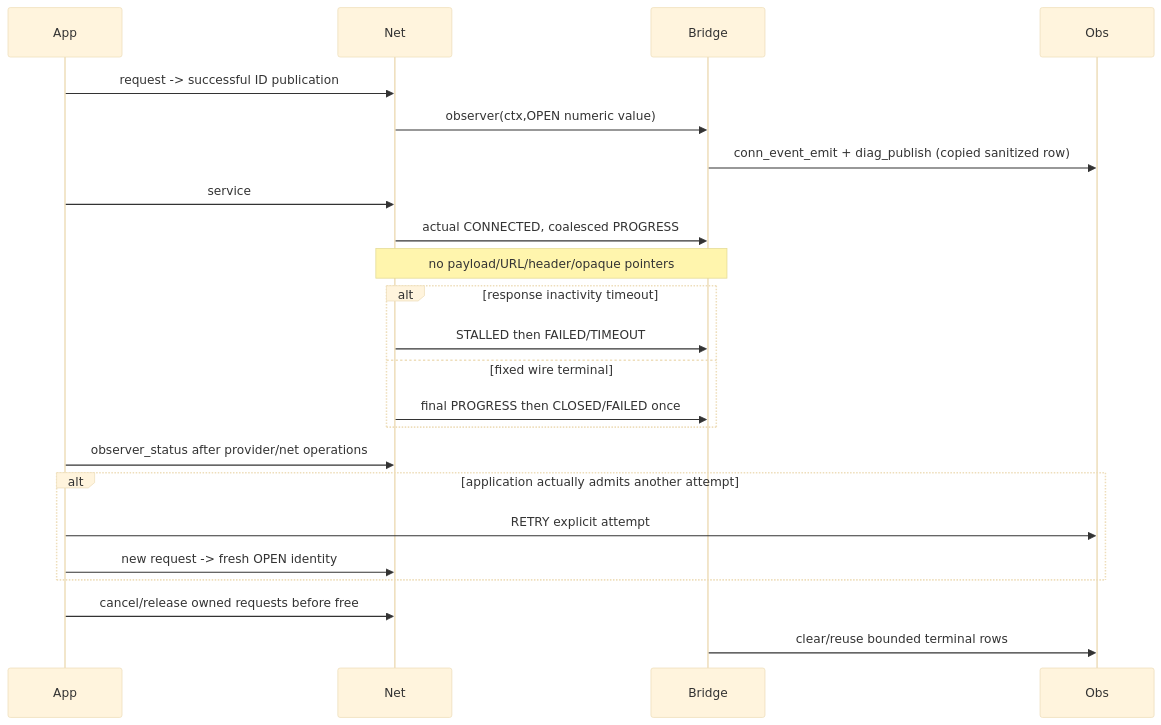
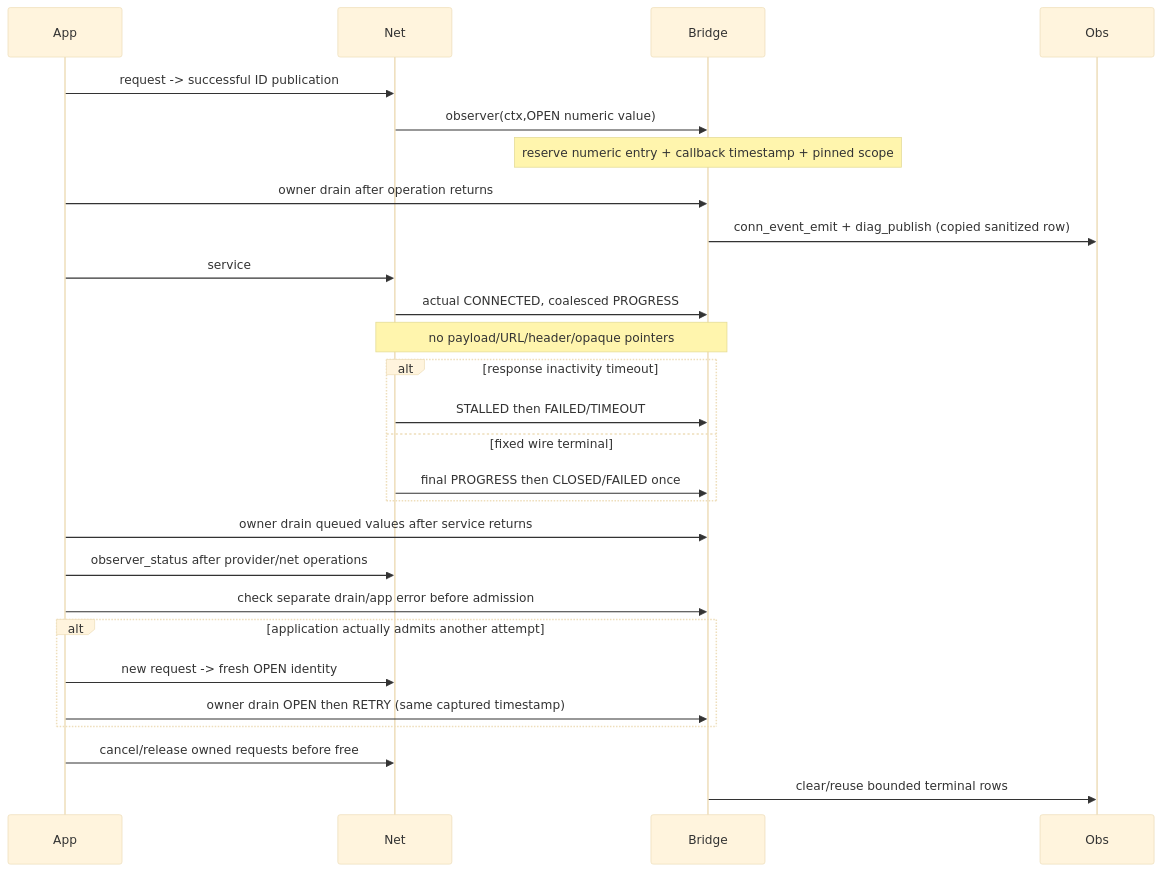
The diagram in docs/scenarios/19-connection-events.md (PortableWeasel/cog), drawn with Mermaid (base theme) before and after one commit. The commit also changed other lines of this file and 3 other files, not shown here.

Commit message:
design(net): separate bounded observation enqueue from owner sink delivery

````diff
--- a/docs/scenarios/19-connection-events.md
+++ b/docs/scenarios/19-connection-events.md
@@ -9,25 +9,29 @@
 ```mermaid
 sequenceDiagram
     participant App
     participant Net
     participant Bridge
     participant Obs
     App->>Net: request -> successful ID publication
     Net->>Bridge: observer(ctx,OPEN numeric value)
+    Note over Bridge: reserve numeric entry + callback timestamp + pinned scope
+    App->>Bridge: owner drain after operation returns
     Bridge->>Obs: conn_event_emit + diag_publish (copied sanitized row)
     App->>Net: service
     Net->>Bridge: actual CONNECTED, coalesced PROGRESS
     Note over Net,Bridge: no payload/URL/header/opaque pointers
     alt response inactivity timeout
       Net->>Bridge: STALLED then FAILED/TIMEOUT
     else fixed wire terminal
       Net->>Bridge: final PROGRESS then CLOSED/FAILED once
     end
+    App->>Bridge: owner drain queued values after service returns
     App->>Net: observer_status after provider/net operations
+    App->>Bridge: check separate drain/app error before admission
     alt application actually admits another attempt
-      App->>Obs: RETRY explicit attempt
       App->>Net: new request -> fresh OPEN identity
+      App->>Bridge: owner drain OPEN then RETRY (same captured timestamp)
     end
     App->>Net: cancel/release owned requests before free
     Bridge->>Obs: clear/reuse bounded terminal rows
 ```
````
